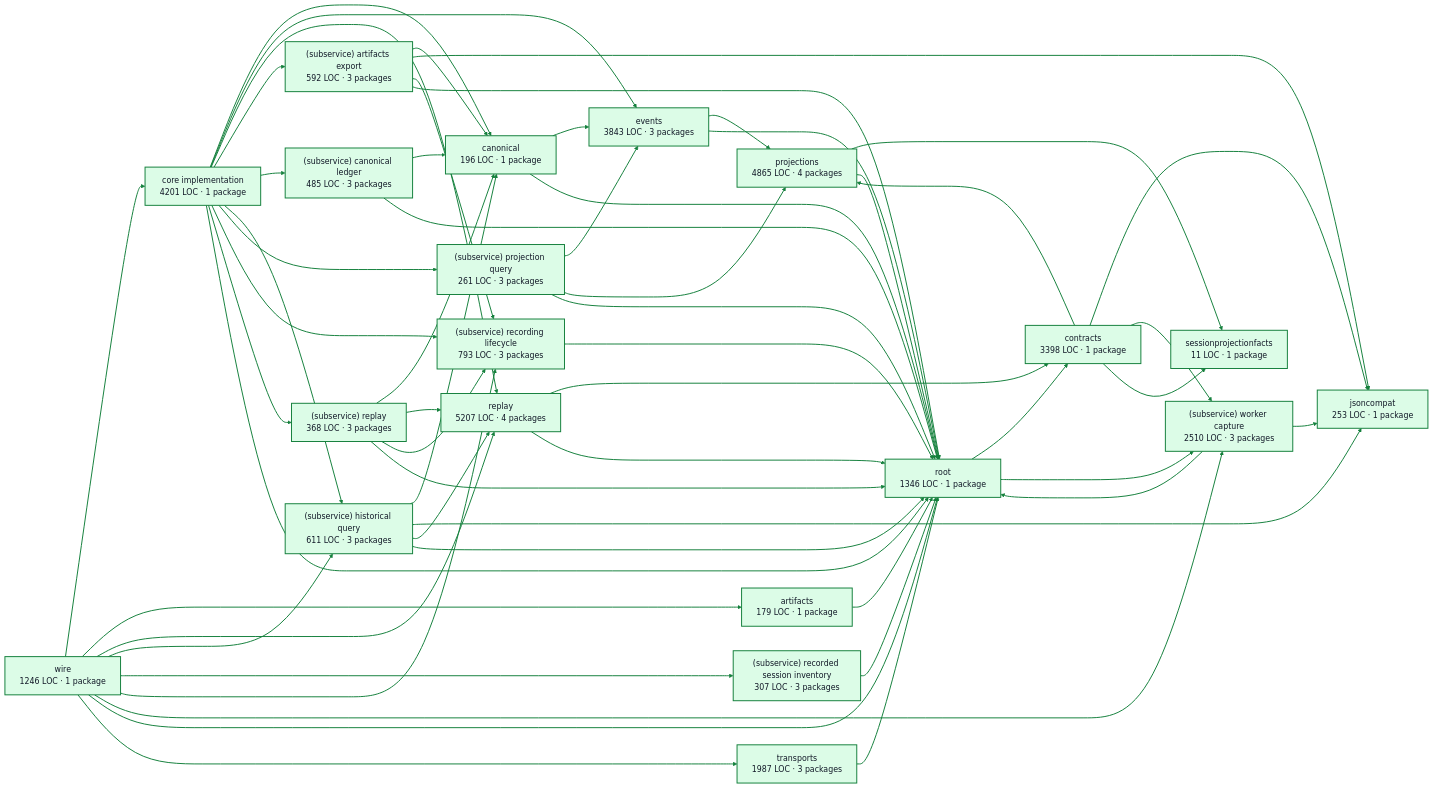
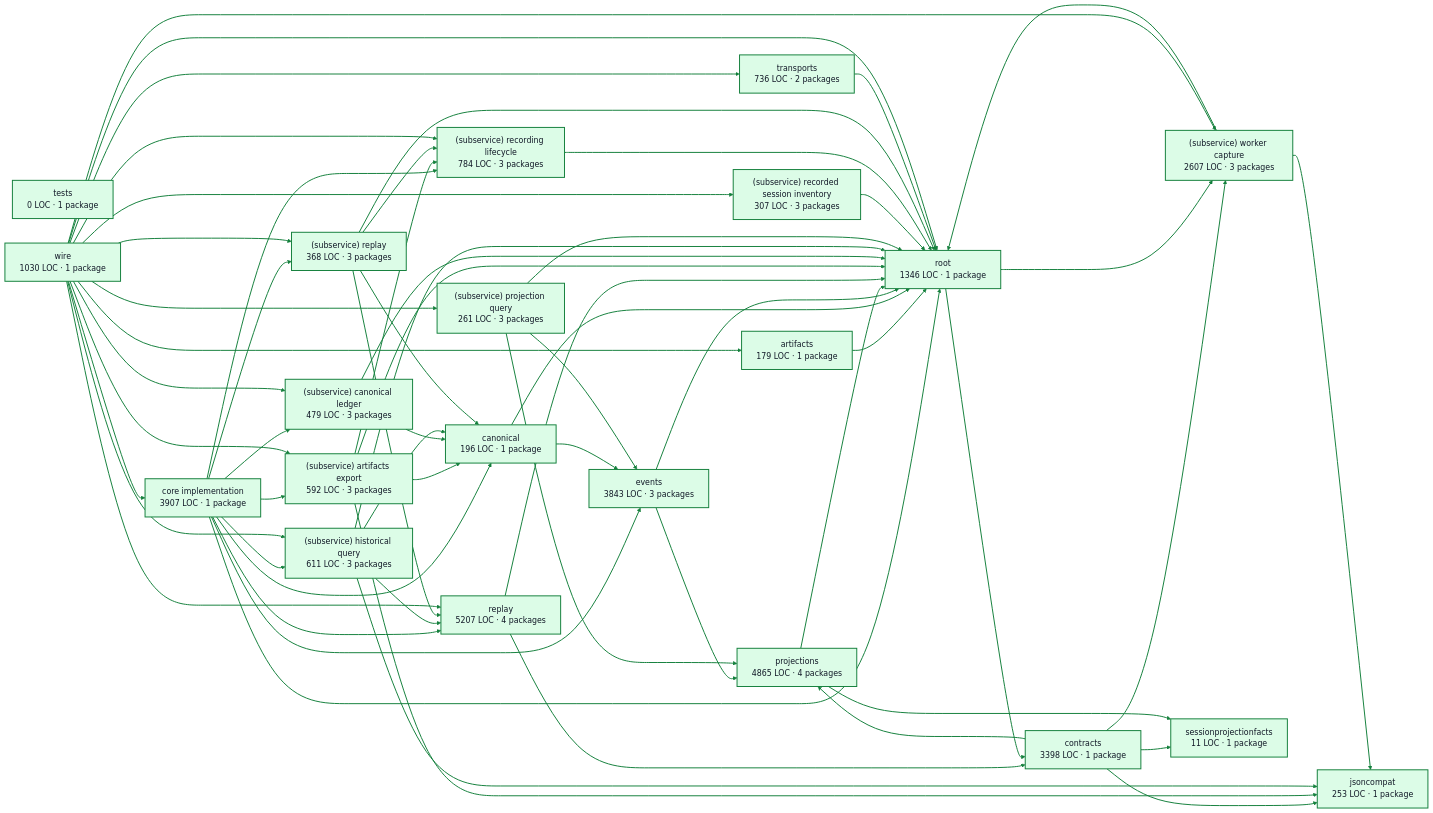
The diagram in docs/architecture/visualizations/services/recordings.md (portpowered/you-agent-factory), drawn with Mermaid before and after one commit. The commit also changed other lines of this file and 20 other files, not shown here.

Commit message:
docs: refresh backend architecture visualizations

````diff
--- a/docs/architecture/visualizations/services/recordings.md
+++ b/docs/architecture/visualizations/services/recordings.md
@@ -11,6 +11,6 @@
 ```mermaid
 flowchart LR
-  p0["core implementation<br/>4201 LOC · 1 package"]
+  p0["core implementation<br/>3907 LOC · 1 package"]
   p1["artifacts<br/>179 LOC · 1 package"]
   p2["canonical<br/>196 LOC · 1 package"]
   p3["contracts<br/>3398 LOC · 1 package"]
@@ -19,73 +19,77 @@
   p6["projections<br/>4865 LOC · 4 packages"]
   p7["replay<br/>5207 LOC · 4 packages"]
   p8["(subservice) artifacts export<br/>592 LOC · 3 packages"]
-  p9["(subservice) canonical ledger<br/>485 LOC · 3 packages"]
+  p9["(subservice) canonical ledger<br/>479 LOC · 3 packages"]
   p10["(subservice) historical query<br/>611 LOC · 3 packages"]
   p11["(subservice) projection query<br/>261 LOC · 3 packages"]
   p12["(subservice) recorded session inventory<br/>307 LOC · 3 packages"]
-  p13["(subservice) recording lifecycle<br/>793 LOC · 3 packages"]
+  p13["(subservice) recording lifecycle<br/>784 LOC · 3 packages"]
   p14["(subservice) replay<br/>368 LOC · 3 packages"]
-  p15["(subservice) worker capture<br/>2510 LOC · 3 packages"]
+  p15["(subservice) worker capture<br/>2607 LOC · 3 packages"]
   p16["sessionprojectionfacts<br/>11 LOC · 1 package"]
-  p17["root<br/>1346 LOC · 1 package"]
-  p18["transports<br/>1987 LOC · 3 packages"]
-  p19["wire<br/>1246 LOC · 1 package"]
+  p17["tests<br/>0 LOC · 1 package"]
+  p18["root<br/>1346 LOC · 1 package"]
+  p19["transports<br/>736 LOC · 2 packages"]
+  p20["wire<br/>1030 LOC · 1 package"]
   p0 --> p2
   p0 --> p4
   p0 --> p7
   p0 --> p8
   p0 --> p9
   p0 --> p10
-  p0 --> p11
   p0 --> p13
   p0 --> p14
-  p0 --> p17
-  p1 --> p17
+  p0 --> p18
+  p1 --> p18
   p2 --> p4
-  p2 --> p17
+  p2 --> p18
   p3 --> p5
   p3 --> p6
   p3 --> p15
   p3 --> p16
   p4 --> p6
-  p4 --> p17
+  p4 --> p18
   p6 --> p16
-  p6 --> p17
+  p6 --> p18
   p7 --> p3
-  p7 --> p17
+  p7 --> p18
   p8 --> p2
   p8 --> p5
   p8 --> p13
-  p8 --> p17
+  p8 --> p18
   p9 --> p2
-  p9 --> p17
+  p9 --> p18
   p10 --> p2
   p10 --> p5
   p10 --> p7
-  p10 --> p17
+  p10 --> p18
   p11 --> p4
   p11 --> p6
-  p11 --> p17
-  p12 --> p17
-  p13 --> p17
+  p11 --> p18
+  p12 --> p18
+  p13 --> p18
   p14 --> p2
   p14 --> p7
   p14 --> p13
-  p14 --> p17
+  p14 --> p18
   p15 --> p5
-  p15 --> p17
-  p17 --> p3
-  p17 --> p15
-  p18 --> p17
-  p19 --> p0
-  p19 --> p1
-  p19 --> p7
-  p19 --> p10
-  p19 --> p12
-  p19 --> p13
-  p19 --> p15
-  p19 --> p17
+  p15 --> p18
+  p18 --> p3
+  p18 --> p15
   p19 --> p18
+  p20 --> p0
+  p20 --> p1
+  p20 --> p7
+  p20 --> p8
+  p20 --> p9
+  p20 --> p10
+  p20 --> p11
+  p20 --> p12
+  p20 --> p13
+  p20 --> p14
+  p20 --> p15
+  p20 --> p18
+  p20 --> p19
   style p0 fill:#dcfce7,stroke:#15803d,stroke-width:2px,color:#111827
   style p1 fill:#dcfce7,stroke:#15803d,stroke-width:2px,color:#111827
   style p2 fill:#dcfce7,stroke:#15803d,stroke-width:2px,color:#111827
@@ -106,5 +110,6 @@
   style p17 fill:#dcfce7,stroke:#15803d,stroke-width:2px,color:#111827
   style p18 fill:#dcfce7,stroke:#15803d,stroke-width:2px,color:#111827
   style p19 fill:#dcfce7,stroke:#15803d,stroke-width:2px,color:#111827
+  style p20 fill:#dcfce7,stroke:#15803d,stroke-width:2px,color:#111827
   linkStyle default stroke:#15803d,stroke-width:2px
 ```
````
